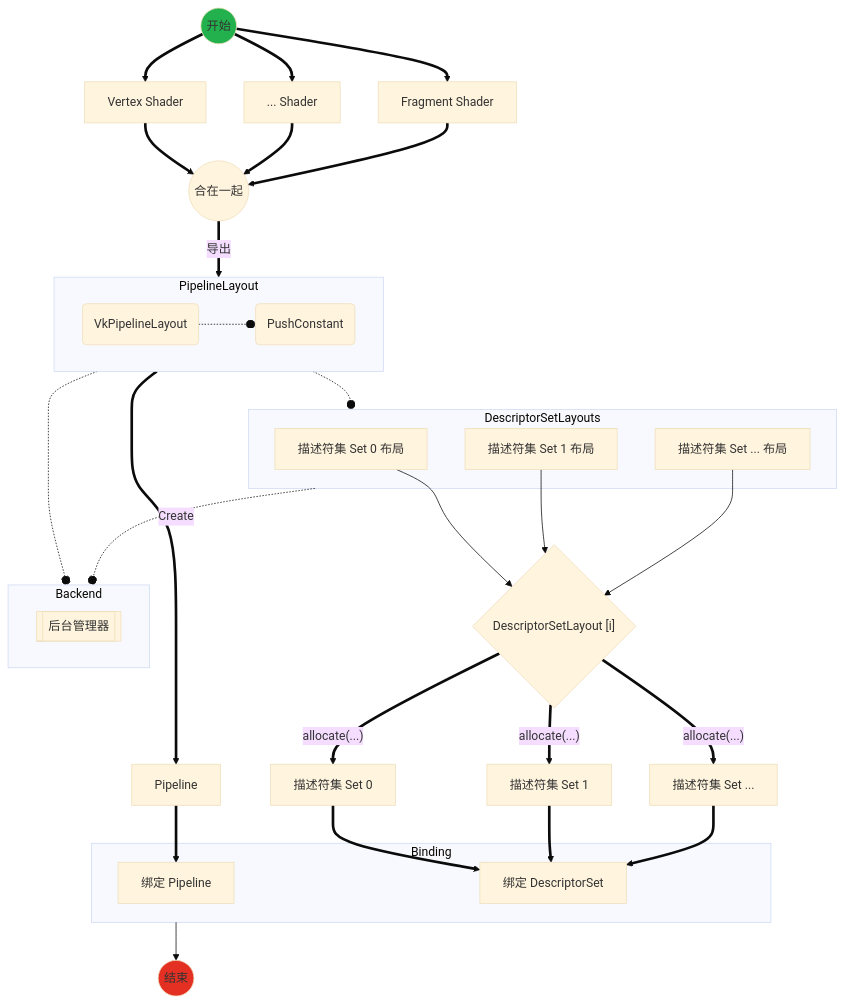
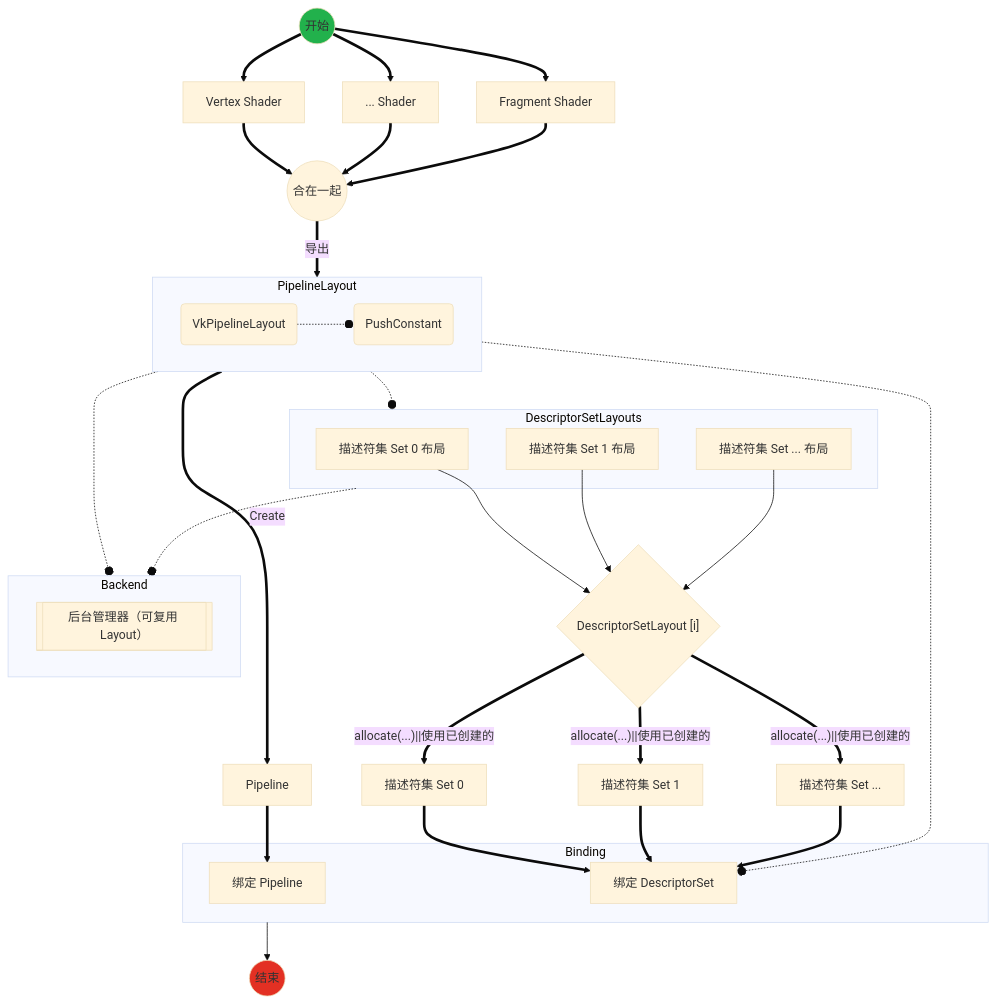
Before and after one commit to FuXiii/Turbo: the diagram in docs/Design/Design.md, drawn with Mermaid (base theme). The commit also changed other lines of this file and 1 other file, not shown here.

````diff
--- a/docs/Design/Design.md
+++ b/docs/Design/Design.md
@@ -202,77 +202,80 @@
 ```mermaid
 graph TD;
 
 Begin(("开始"))
 End(("结束"))
 
 subgraph Backend;
-    Manager[["后台管理器"]]
+    Manager[["后台管理器（可复用 Layout）"]]
 end
+
 
 VertexShader["Vertex Shader"]
 OtherShader["... Shader"]
 FragmentShader["Fragment Shader"]
 
 Group(("合在一起"))
 
 subgraph PipelineLayout;
     PipelineLayout_Content_VkPipelineLayout("VkPipelineLayout")
     PipelineLayout_Content_PushConstant("PushConstant")
 end
 
 PipelineLayout_Content_VkPipelineLayout -.-o PipelineLayout_Content_PushConstant
 
 PipelineLayout-.-oBackend
 
 VertexShader==>Group
 OtherShader==>Group
 FragmentShader==>Group
 Group==导出==>PipelineLayout
 
 Pipeline["Pipeline"]
 
 subgraph DescriptorSetLayouts;
     DescriptorSetLayout0["描述符集 Set 0 布局"]
     DescriptorSetLayout1["描述符集 Set 1 布局"]
     DescriptorSetLayoutOther["描述符集 Set ... 布局"]
 end
 
 DescriptorSet0["描述符集 Set 0"]
 DescriptorSet1["描述符集 Set 1"]
 DescriptorSetOther["描述符集 Set ..."]
 
 PipelineLayout==Create==>Pipeline
 
 PipelineLayout-.-oDescriptorSetLayouts
 DescriptorSetLayouts-.-oBackend
 
 ForEach{"DescriptorSetLayout [i]"}
 
 DescriptorSetLayout0-->ForEach
 DescriptorSetLayout1-->ForEach
 DescriptorSetLayoutOther-->ForEach
 
-ForEach==allocate(...)==>DescriptorSet0
-ForEach==allocate(...)==>DescriptorSet1
-ForEach==allocate(...)==>DescriptorSetOther
+ForEach==allocate(...)||使用已创建的==>DescriptorSet0
+ForEach==allocate(...)||使用已创建的==>DescriptorSet1
+ForEach==allocate(...)||使用已创建的==>DescriptorSetOther
 
 subgraph Binding;
     BindPipeline["绑定 Pipeline"]
     BindDescriptorSet["绑定 DescriptorSet"]
 end
 
 Pipeline==>BindPipeline
 
 DescriptorSet0==>BindDescriptorSet
 DescriptorSet1==>BindDescriptorSet
 DescriptorSetOther==>BindDescriptorSet
 
+PipelineLayout-.-oBindDescriptorSet
+
 Begin==>VertexShader
 Begin==>OtherShader
 Begin==>FragmentShader
 
 Binding-->End
 
 style Begin fill:#22b14c
 style End fill:#e33023
 ```
````
